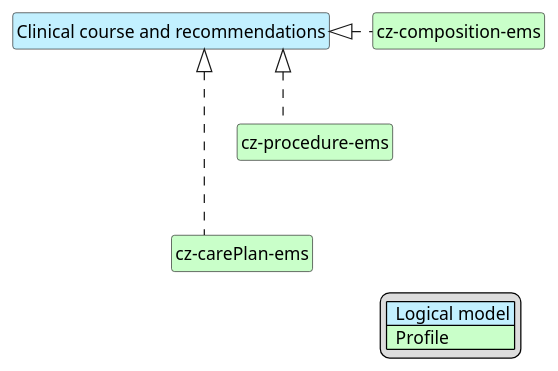
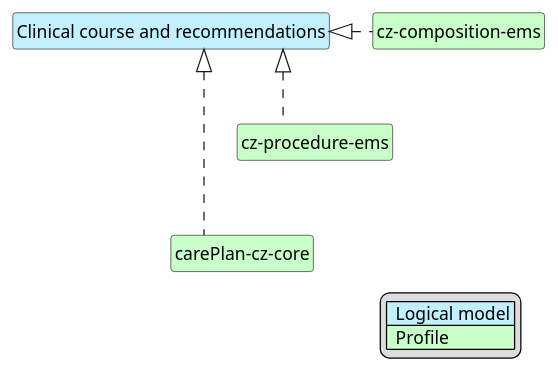
Before and after one commit to HL7-cz/cz-ems: the diagram in input/images-source/emsCourseOf-map.plantuml, drawn with PlantUML. The commit also changed 23 other files, not shown here.

```diff
--- a/input/images-source/emsCourseOf-map.plantuml
+++ b/input/images-source/emsCourseOf-map.plantuml
@@ -1,30 +1,30 @@
 @startuml
 hide circle
 hide stereotype
 hide members
 hide methods
 skinparam linetype ortho
 skinparam class {
 BackgroundColor<<LogicalModel>> #APPLICATION
 BackgroundColor<<Profile>> #TECHNOLOGY
 }
 legend right
 | <#APPLICATION>  Logical model |
 | <#TECHNOLOGY>  Profile |
 endlegend
 
 class "Clinical course and recommendations" <<LogicalModel>> [[StructureDefinition-LogRecommendations.html]]
 
 class "cz-composition-ems" <<Profile>> [[StructureDefinition-cz-composition-ems.html]]
 class "cz-procedure-ems" <<Profile>> [[StructureDefinition-cz-procedure-ems.html]]
-class "cz-carePlan-ems" <<Profile>> [[StructureDefinition-cz-carePlan-ems.html]]
+class "carePlan-cz-core" <<Profile>> [[https://build.fhir.org/ig/HL7-cz/cz-core/StructureDefinition-carePlan-cz-core.html]]
 
 "Clinical course and recommendations" <|. "cz-composition-ems"
 "Clinical course and recommendations" <|. "cz-procedure-ems"
-"Clinical course and recommendations" <|. "cz-carePlan-ems"
+"Clinical course and recommendations" <|. "carePlan-cz-core"
 
 "cz-composition-ems" -d[hidden]-> "cz-procedure-ems"
-"cz-procedure-ems" -d[hidden]-> "cz-carePlan-ems"
+"cz-procedure-ems" -d[hidden]-> "carePlan-cz-core"
 
 
 @enduml
```
